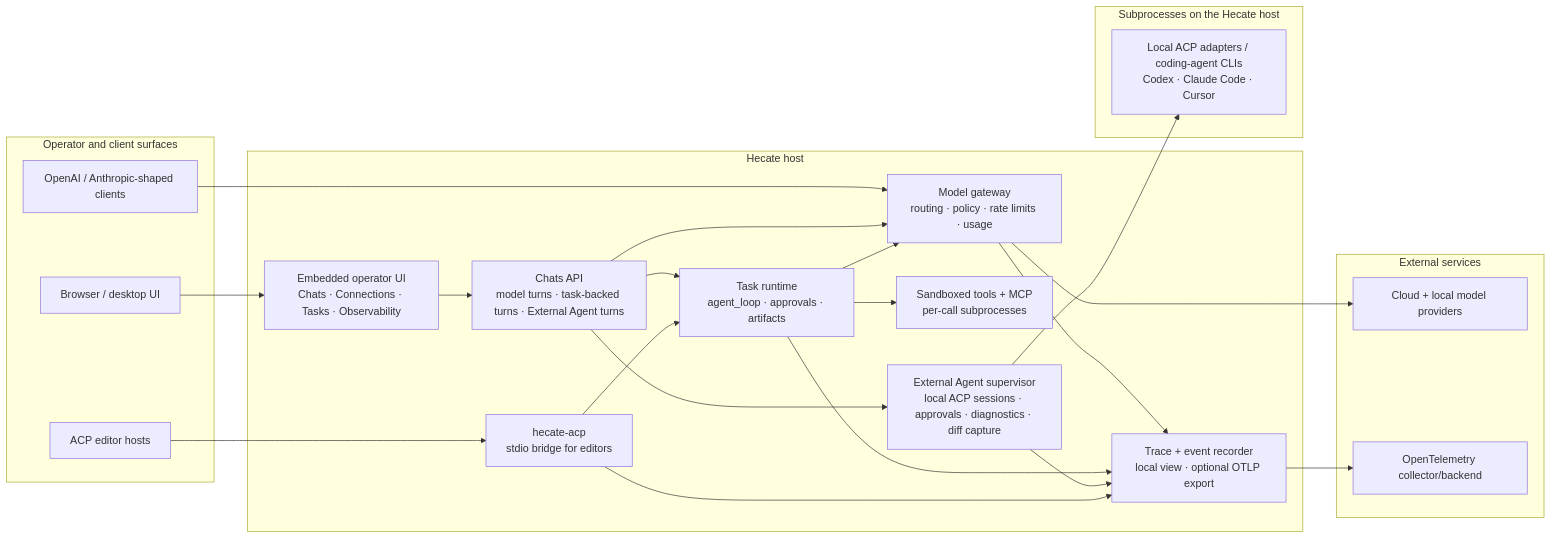
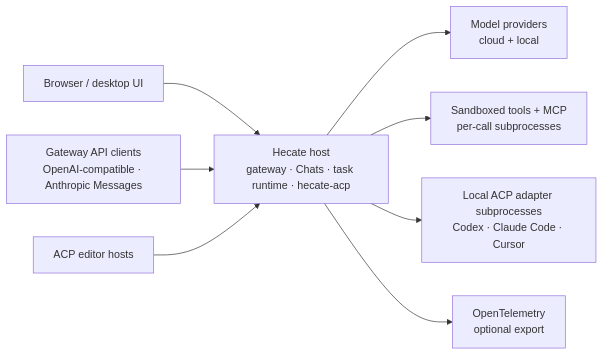
The diagram in README.md (hecatehq/hecate), drawn with Mermaid before and after one commit.

Commit message:
docs: simplify architecture diagram

````diff
--- a/README.md
+++ b/README.md
@@ -134,49 +134,22 @@
 ```mermaid
 flowchart LR
-    subgraph Callers["Operator and client surfaces"]
-        Browser["Browser / desktop UI"]
-        APIClients["OpenAI / Anthropic-shaped clients"]
-        ACPHosts["ACP editor hosts"]
-    end
+    UI["Browser / desktop UI"]
+    API["Gateway API clients<br/>OpenAI-compatible · Anthropic Messages"]
+    Editors["ACP editor hosts"]
 
-    subgraph HecateHost["Hecate host"]
-        UI["Embedded operator UI<br/>Chats · Connections · Tasks · Observability"]
-        Chat["Chats API<br/>model turns · task-backed turns · External Agent turns"]
-        Gateway["Model gateway<br/>routing · policy · rate limits · usage"]
-        Runtime["Task runtime<br/>agent_loop · approvals · artifacts"]
-        Tools["Sandboxed tools + MCP<br/>per-call subprocesses"]
-        ExternalSupervisor["External Agent supervisor<br/>local ACP sessions · approvals · diagnostics · diff capture"]
-        HecateACP["hecate-acp<br/>stdio bridge for editors"]
-        Traces["Trace + event recorder<br/>local view · optional OTLP export"]
-    end
+    Hecate["Hecate host<br/>gateway · Chats · task runtime · hecate-acp"]
 
-    subgraph LocalPrograms["Subprocesses on the Hecate host"]
-        AdapterCLIs["Local ACP adapters / coding-agent CLIs<br/>Codex · Claude Code · Cursor"]
-    end
+    Providers["Model providers<br/>cloud + local"]
+    Tools["Sandboxed tools + MCP<br/>per-call subprocesses"]
+    Agents["Local ACP adapter subprocesses<br/>Codex · Claude Code · Cursor"]
+    OTel["OpenTelemetry<br/>optional export"]
 
-    subgraph ExternalServices["External services"]
-        Providers["Cloud + local model providers"]
-        OTel["OpenTelemetry collector/backend"]
-    end
+    UI --> Hecate
+    API --> Hecate
+    Editors --> Hecate
 
-    Browser --> UI
-    UI --> Chat
-    APIClients --> Gateway
-    ACPHosts --> HecateACP
-
-    Chat --> Gateway
-    Chat --> Runtime
-    Chat --> ExternalSupervisor
-    HecateACP --> Runtime
-
-    Runtime --> Gateway
-    Runtime --> Tools
-    Gateway --> Providers
-    ExternalSupervisor --> AdapterCLIs
-
-    Gateway --> Traces
-    Runtime --> Traces
-    ExternalSupervisor --> Traces
-    HecateACP --> Traces
-    Traces --> OTel
+    Hecate --> Providers
+    Hecate --> Tools
+    Hecate --> Agents
+    Hecate --> OTel
 ```
````
